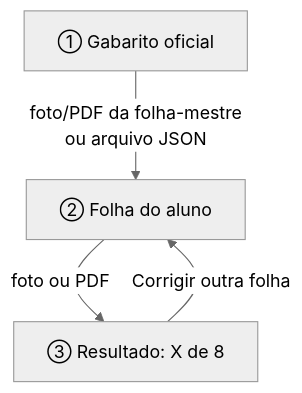
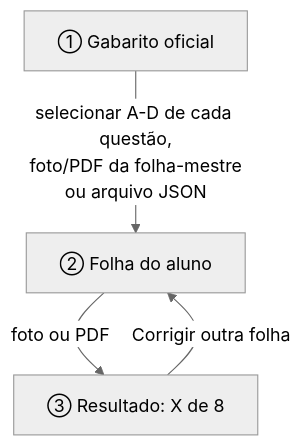
One commit to leefell/processamento-de-imagem changed the diagram in trabalhoGabarito/docs/01-como-executar.md. Above: the diagram before and after it, drawn with Mermaid (neutral theme). The commit also changed other lines of this file and 14 other files, not shown here.

````diff
--- a/trabalhoGabarito/docs/01-como-executar.md
+++ b/trabalhoGabarito/docs/01-como-executar.md
@@ -70,6 +70,6 @@
 ```mermaid
 flowchart TD
-    A["① Gabarito oficial"] -->|foto/PDF da folha-mestre<br>ou arquivo JSON| B["② Folha do aluno"]
+    A["① Gabarito oficial"] -->|selecionar A-D de cada questão,<br>foto/PDF da folha-mestre<br>ou arquivo JSON| B["② Folha do aluno"]
     B -->|foto ou PDF| C["③ Resultado: X de 8"]
     C -->|Corrigir outra folha| B
 ```
````
